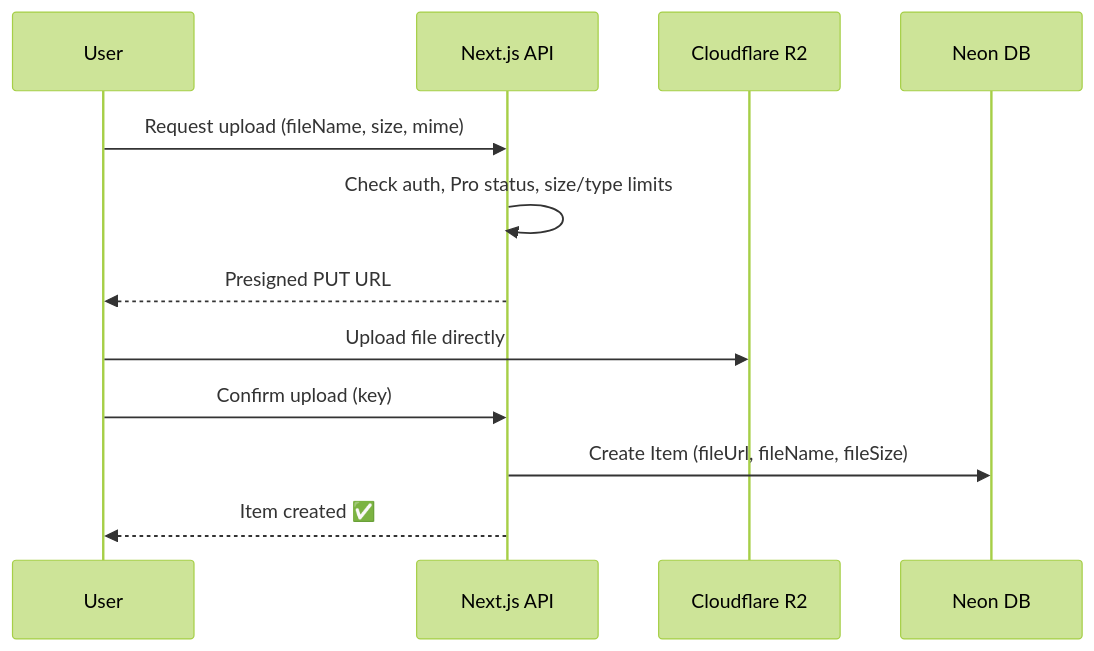
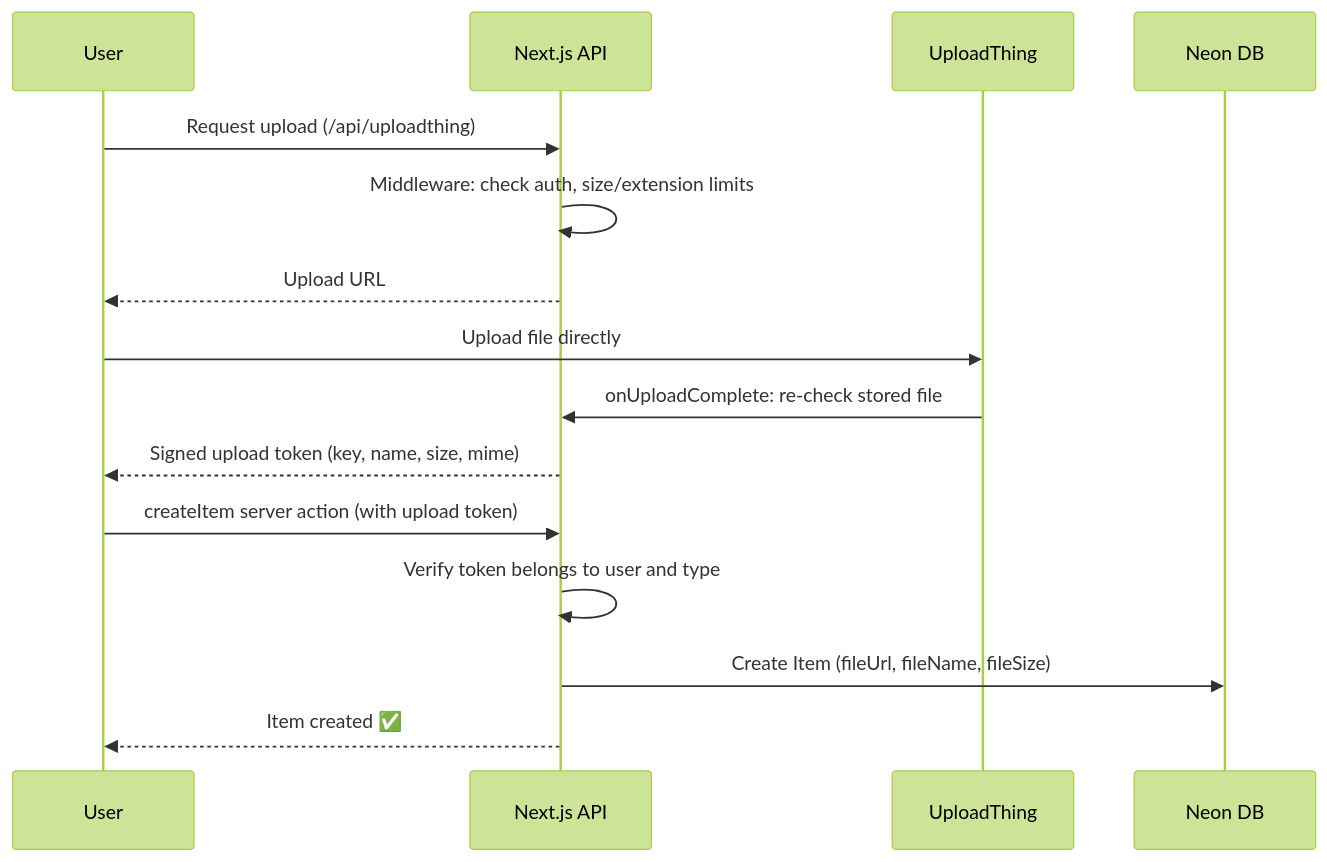
The second of 4 diagrams in context/project-overview.md (whosedreamisthis/dev-stash), drawn with Mermaid (forest theme) before and after one commit. The commit also changed other lines of this file and 13 other files, not shown here.

````diff
--- a/context/project-overview.md
+++ b/context/project-overview.md
@@ -258,15 +254,18 @@
 ```mermaid
 sequenceDiagram
     participant U as User
     participant A as Next.js API
-    participant R as Cloudflare R2
+    participant R as UploadThing
     participant D as Neon DB
 
-    U->>A: Request upload (fileName, size, mime)
-    A->>A: Check auth, Pro status, size/type limits
-    A-->>U: Presigned PUT URL
+    U->>A: Request upload (/api/uploadthing)
+    A->>A: Middleware: check auth, size/extension limits
+    A-->>U: Upload URL
     U->>R: Upload file directly
-    U->>A: Confirm upload (key)
+    R->>A: onUploadComplete: re-check stored file
+    A-->>U: Signed upload token (key, name, size, mime)
+    U->>A: createItem server action (with upload token)
+    A->>A: Verify token belongs to user and type
     A->>D: Create Item (fileUrl, fileName, fileSize)
     A-->>U: Item created ✅
 ```
````
